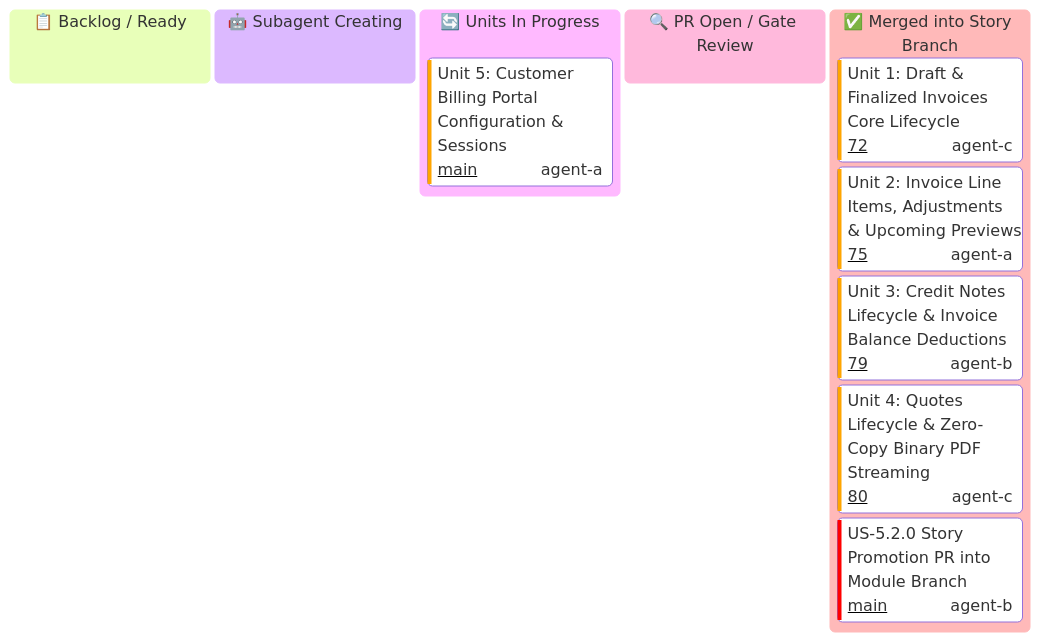
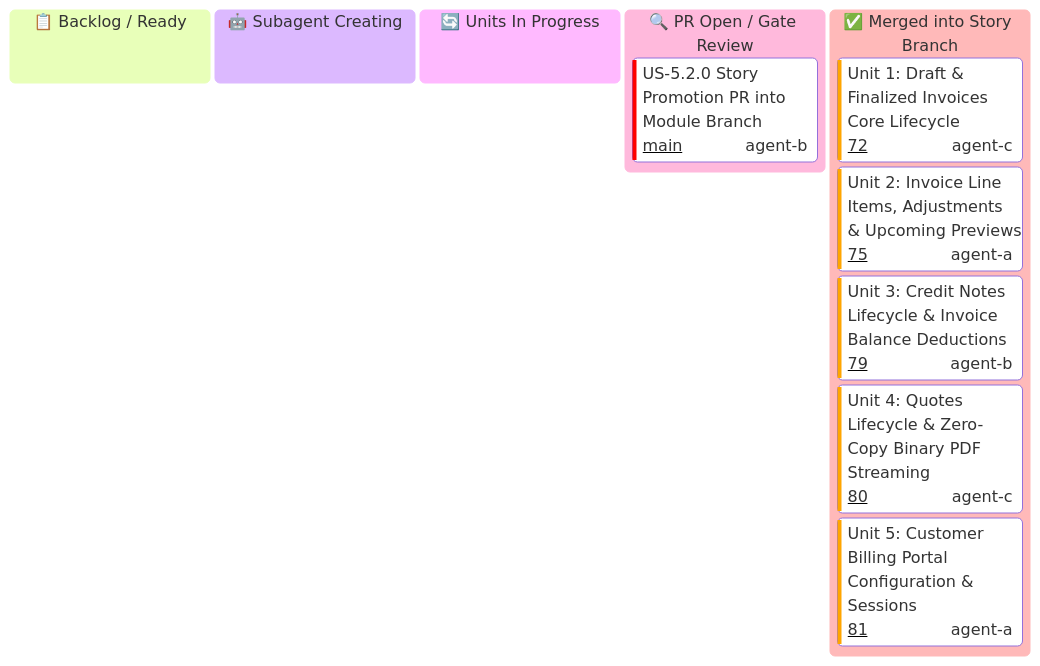
Before and after one commit to some-of-cs/some-stripe: the third of 3 diagrams in docs/user-stories/module-5-customers-and-billing/KANBAN.md, drawn with Mermaid. The commit also changed other lines of this file and 1 other file, not shown here.

Commit message:
docs(us-5.2.0): update kanban boards marking Unit 5 as merged (PR #81)

````diff
--- a/docs/user-stories/module-5-customers-and-billing/KANBAN.md
+++ b/docs/user-stories/module-5-customers-and-billing/KANBAN.md
@@ -73,19 +73,19 @@
 ```mermaid
 ---
 config:
   kanban:
     ticketBaseUrl: 'https://github.com/some-of-cs/some-stripe/pull/#TICKET#'
 ---
 kanban
   todo[📋 Backlog / Ready]
   spawning[🤖 Subagent Creating]
   in_progress[🔄 Units In Progress]
-    u525[Unit 5: Customer Billing Portal Configuration & Sessions]@{ ticket: 'main', assigned: 'agent-a', priority: 'High' }
   review[🔍 PR Open / Gate Review]
+    s52_pr[US-5.2.0 Story Promotion PR into Module Branch]@{ ticket: 'main', assigned: 'agent-b', priority: 'Very High' }
   done[✅ Merged into Story Branch]
     u521[Unit 1: Draft & Finalized Invoices Core Lifecycle]@{ ticket: '72', assigned: 'agent-c', priority: 'High' }
     u522[Unit 2: Invoice Line Items, Adjustments & Upcoming Previews]@{ ticket: '75', assigned: 'agent-a', priority: 'High' }
     u523[Unit 3: Credit Notes Lifecycle & Invoice Balance Deductions]@{ ticket: '79', assigned: 'agent-b', priority: 'High' }
     u524[Unit 4: Quotes Lifecycle & Zero-Copy Binary PDF Streaming]@{ ticket: '80', assigned: 'agent-c', priority: 'High' }
-    s52_pr[US-5.2.0 Story Promotion PR into Module Branch]@{ ticket: 'main', assigned: 'agent-b', priority: 'Very High' }
+    u525[Unit 5: Customer Billing Portal Configuration & Sessions]@{ ticket: '81', assigned: 'agent-a', priority: 'High' }
 ```
````
